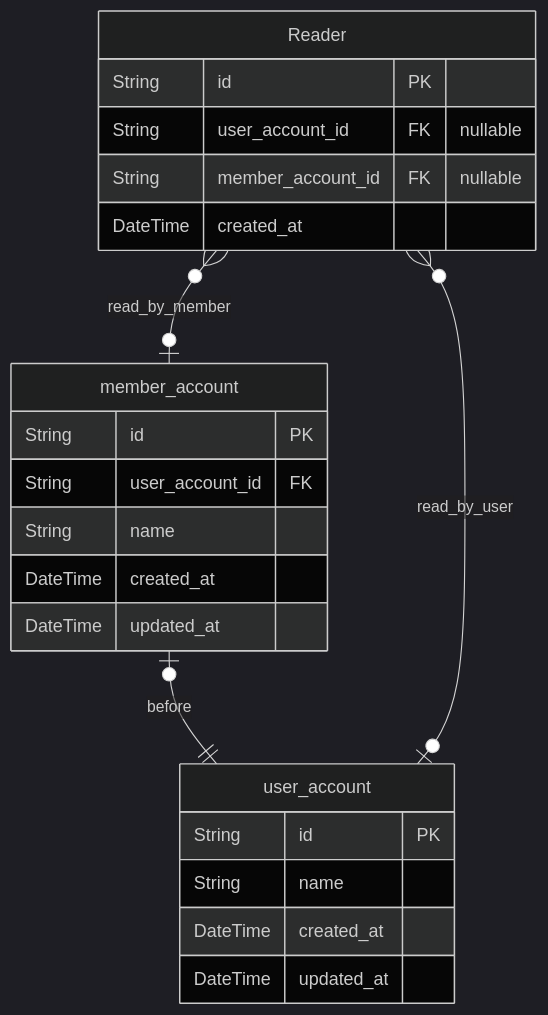
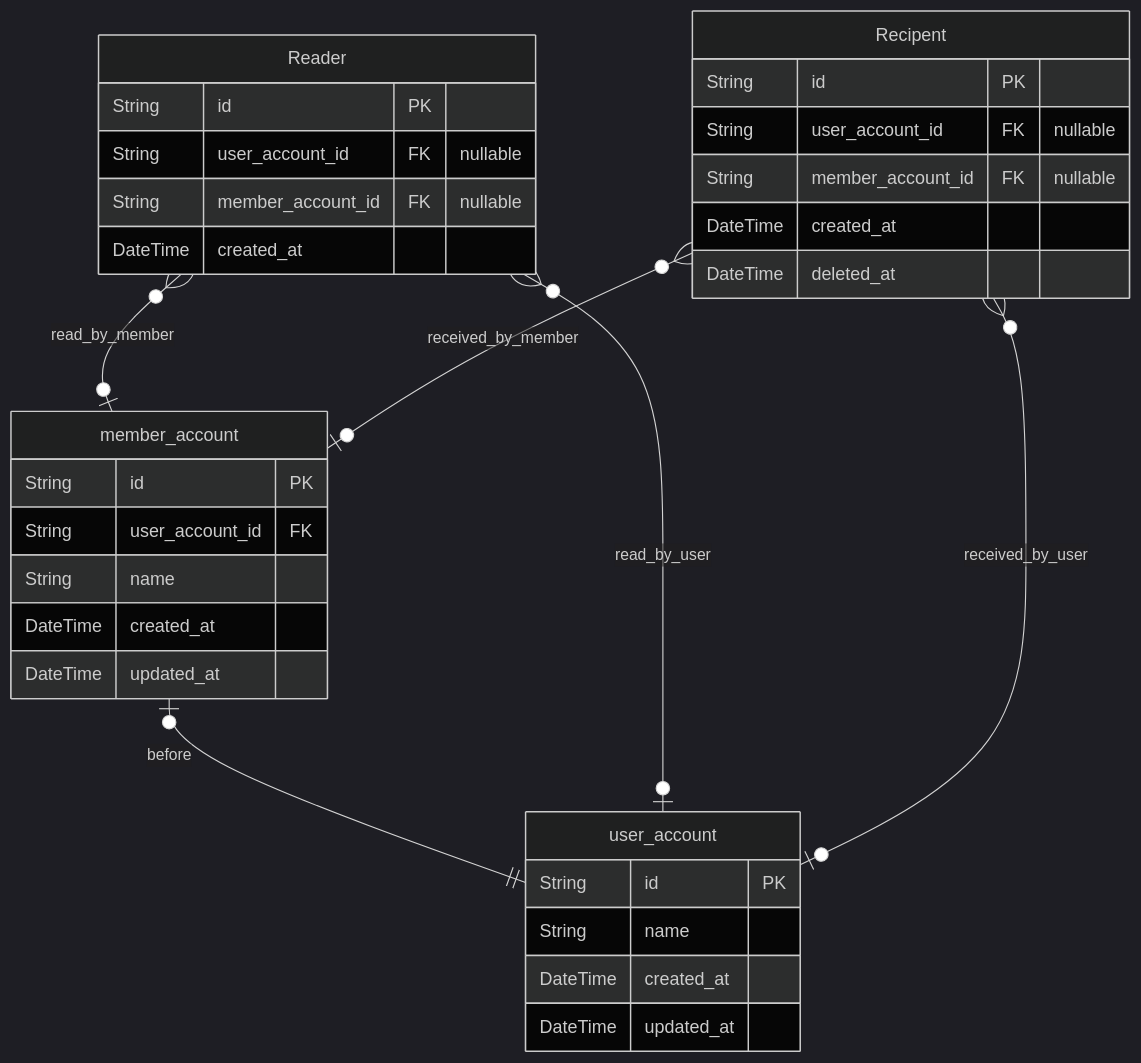
One commit to Mailly-Project/Mailly-BE changed the diagram in docs/ERD.md. Above: the diagram before and after it, drawn with Mermaid (dark theme). The commit also changed other lines of this file and 1 other file, not shown here.

````diff
--- a/docs/ERD.md
+++ b/docs/ERD.md
@@ -7,25 +7,34 @@
 ```mermaid
 erDiagram
 "user_account" {
   String id PK
   String name
   DateTime created_at
   DateTime updated_at
 }
 "member_account" {
   String id PK
   String user_account_id FK
   String name
   DateTime created_at
   DateTime updated_at
 }
 "Reader" {
   String id PK
   String user_account_id FK "nullable"
   String member_account_id FK "nullable"
   DateTime created_at
 }
+"Recipent" {
+  String id PK
+  String user_account_id FK "nullable"
+  String member_account_id FK "nullable"
+  DateTime created_at
+  DateTime deleted_at
+}
 "member_account" |o--|| "user_account" : before
 "Reader" }o--o| "user_account" : read_by_user
 "Reader" }o--o| "member_account" : read_by_member
+"Recipent" }o--o| "user_account" : received_by_user
+"Recipent" }o--o| "member_account" : received_by_member
 ```
````
